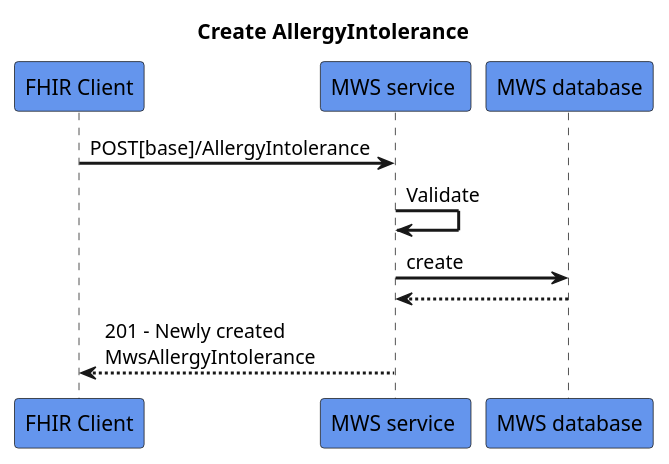
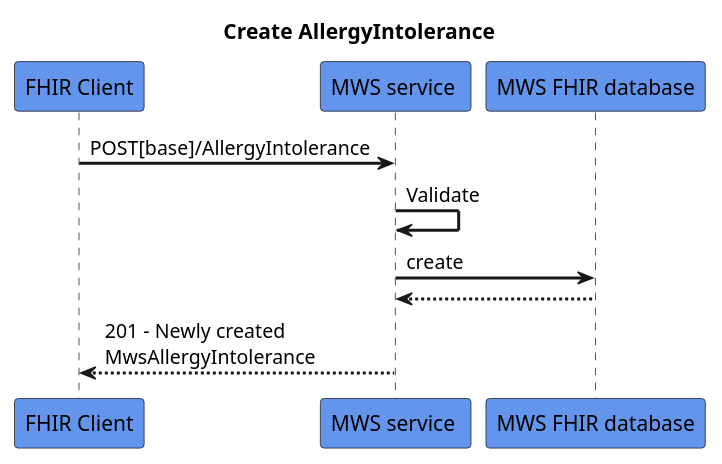
The diagram in input/images-source/create-allergy-intolerance.plantuml (HL7NZ/mws-ig), drawn with PlantUML before and after one commit.

```diff
--- a/input/images-source/create-allergy-intolerance.plantuml
+++ b/input/images-source/create-allergy-intolerance.plantuml
@@ -1,17 +1,17 @@
 @startuml
 skinparam sequenceArrowThickness 2
 skinparam roundcorner 5
 skinparam maxmessagesize 180
 skinparam sequenceParticipant bold
 title  Create AllergyIntolerance
 participant "FHIR Client" as A #CornflowerBlue
 participant "MWS service " as B #CornflowerBlue
-participant "MWS database" as C #CornflowerBlue
+participant "MWS FHIR database" as C #CornflowerBlue
 
 A -> B: POST[base]/AllergyIntolerance
 B -> B: Validate
 B -> C: create
 C -[dashed]-> B:
 
 B -[dashed]-> A:201 - Newly created MwsAllergyIntolerance
 @enduml
```
